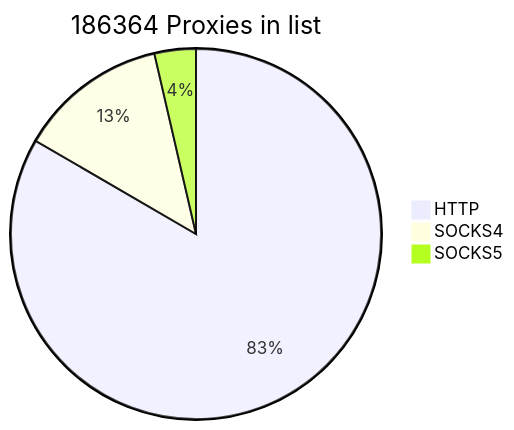
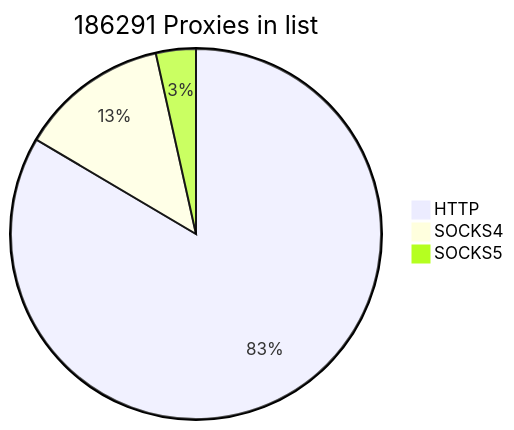
Before and after one commit to cutipu/proxylist: the first of 2 diagrams in README.md, drawn with Mermaid. The commit also changed other lines of this file, not shown here.

````diff
--- a/README.md
+++ b/README.md
@@ -2,7 +2,7 @@
 ```mermaid
-pie title 186364 Proxies in list
-    "HTTP" : 155386
+pie title 186291 Proxies in list
+    "HTTP" : 155551
     "SOCKS4" : 24247
-    "SOCKS5" : 6731
+    "SOCKS5" : 6493
             
 ```
````
